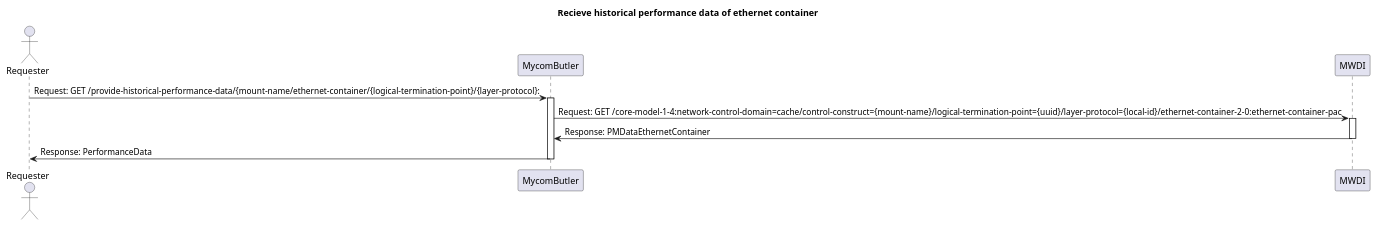
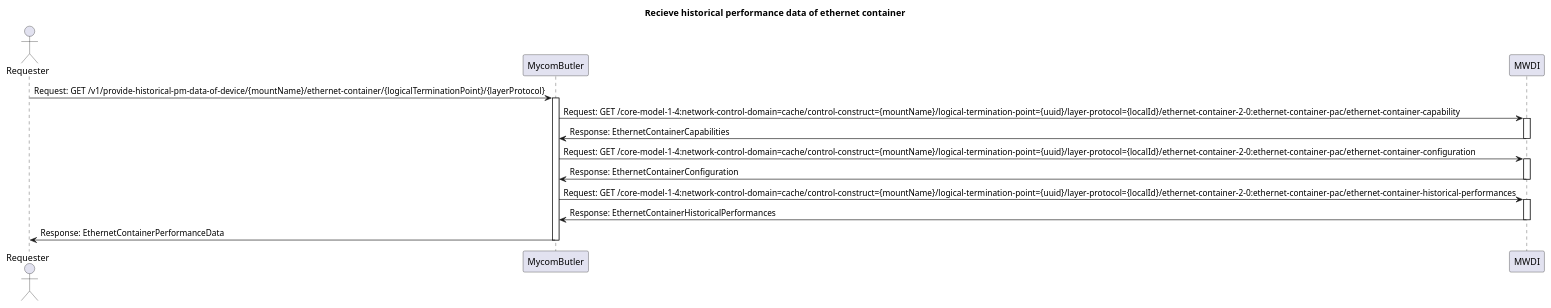
One commit to openBackhaul/MycomButler changed the diagram in spec/diagrams/historical-performance-data-ethernet-container.plantuml. Above: the diagram before and after it, drawn with PlantUML. The commit also changed 5 other files, not shown here.

Commit message:
Update seq. diagram to new mwdi endpoints

```diff
--- a/spec/diagrams/historical-performance-data-ethernet-container.plantuml
+++ b/spec/diagrams/historical-performance-data-ethernet-container.plantuml
@@ -1,21 +1,30 @@
 @startuml Recieve_PM_data_ethernet_container
 title "Recieve historical performance data of ethernet container"
 
 actor Requester
 participant MycomButler
 participant MWDI
 
-Requester -> MycomButler: Request: GET /provide-historical-performance-data/{mount-name/ethernet-container/{logical-termination-point}/{layer-protocol}:
+Requester -> MycomButler: Request: GET /v1/provide-historical-pm-data-of-device/{mountName}/ethernet-container/{logicalTerminationPoint}/{layerProtocol}
+activate MycomButler
 
-activate MycomButler
-MycomButler -> MWDI: Request: GET /core-model-1-4:network-control-domain=cache/control-construct={mount-name}/logical-termination-point={uuid}/layer-protocol={local-id}/ethernet-container-2-0:ethernet-container-pac
+MycomButler -> MWDI: Request: GET /core-model-1-4:network-control-domain=cache/control-construct={mountName}/logical-termination-point={uuid}/layer-protocol={localId}/ethernet-container-2-0:ethernet-container-pac/ethernet-container-capability
+activate MWDI
+MWDI -> MycomButler: Response: EthernetContainerCapabilities
+deactivate MWDI
 
+MycomButler -> MWDI: Request: GET /core-model-1-4:network-control-domain=cache/control-construct={mountName}/logical-termination-point={uuid}/layer-protocol={localId}/ethernet-container-2-0:ethernet-container-pac/ethernet-container-configuration
 activate MWDI
-MWDI -> MycomButler: Response: PMDataEthernetContainer
+MWDI -> MycomButler: Response: EthernetContainerConfiguration
+deactivate MWDI
 
+MycomButler -> MWDI: Request: GET /core-model-1-4:network-control-domain=cache/control-construct={mountName}/logical-termination-point={uuid}/layer-protocol={localId}/ethernet-container-2-0:ethernet-container-pac/ethernet-container-historical-performances
+activate MWDI
+MWDI -> MycomButler: Response: EthernetContainerHistoricalPerformances
 deactivate MWDI
-MycomButler -> Requester: Response: PerformanceData
+
+MycomButler -> Requester: Response: EthernetContainerPerformanceData
 
 deactivate MycomButler
 
 @enduml
```
